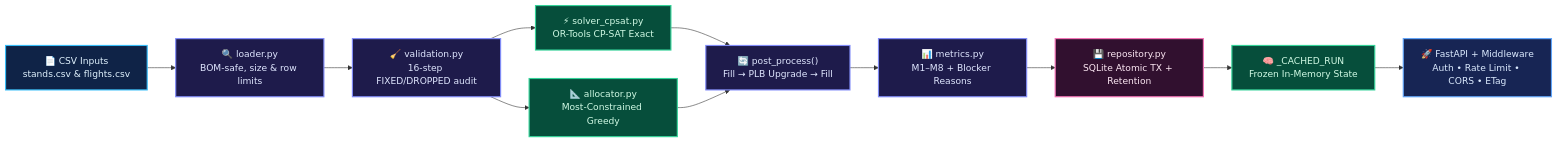
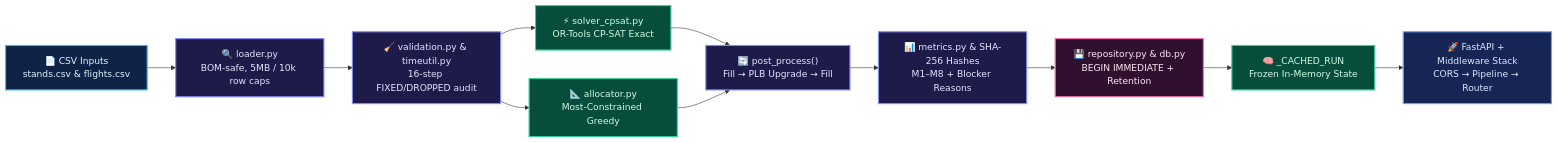
The first of 2 diagrams in README.md (kanglesoham11-code/airport-stand-allocation), drawn with Mermaid before and after one commit. The commit also changed other lines of this file and 1 other file, not shown here.

````diff
--- a/README.md
+++ b/README.md
@@ -104,19 +105,19 @@
 ```mermaid
 flowchart LR
     classDef input fill:#0f2347,stroke:#38bdf8,color:#e0f2fe,stroke-width:2px
     classDef process fill:#1e1b4b,stroke:#818cf8,color:#e0e7ff,stroke-width:2px
     classDef solver fill:#064e3b,stroke:#34d399,color:#d1fae5,stroke-width:2px
     classDef store fill:#31102f,stroke:#f472b6,color:#fce7f3,stroke-width:2px
     classDef api fill:#172554,stroke:#60a5fa,color:#dbeafe,stroke-width:2px
 
-    A["📄 CSV Inputs<br/>stands.csv & flights.csv"]:::input --> B["🔍 loader.py<br/>BOM-safe, size & row limits"]:::process
-    B --> C["🧹 validation.py<br/>16-step FIXED/DROPPED audit"]:::process
+    A["📄 CSV Inputs<br/>stands.csv & flights.csv"]:::input --> B["🔍 loader.py<br/>BOM-safe, 5MB / 10k row caps"]:::process
+    B --> C["🧹 validation.py & timeutil.py<br/>16-step FIXED/DROPPED audit"]:::process
     C --> D["⚡ solver_cpsat.py<br/>OR-Tools CP-SAT Exact"]:::solver
     C --> E["📐 allocator.py<br/>Most-Constrained Greedy"]:::solver
     D --> F["🔄 post_process()<br/>Fill → PLB Upgrade → Fill"]:::process
     E --> F
-    F --> G["📊 metrics.py<br/>M1–M8 + Blocker Reasons"]:::process
-    G --> H["💾 repository.py<br/>SQLite Atomic TX + Retention"]:::store
+    F --> G["📊 metrics.py & SHA-256 Hashes<br/>M1–M8 + Blocker Reasons"]:::process
+    G --> H["💾 repository.py & db.py<br/>BEGIN IMMEDIATE + Retention"]:::store
     H --> I["🧠 _CACHED_RUN<br/>Frozen In-Memory State"]:::solver
-    I --> J["🚀 FastAPI + Middleware<br/>Auth • Rate Limit • CORS • ETag"]:::api
+    I --> J["🚀 FastAPI + Middleware Stack<br/>CORS → Pipeline → Router"]:::api
 ```
````
